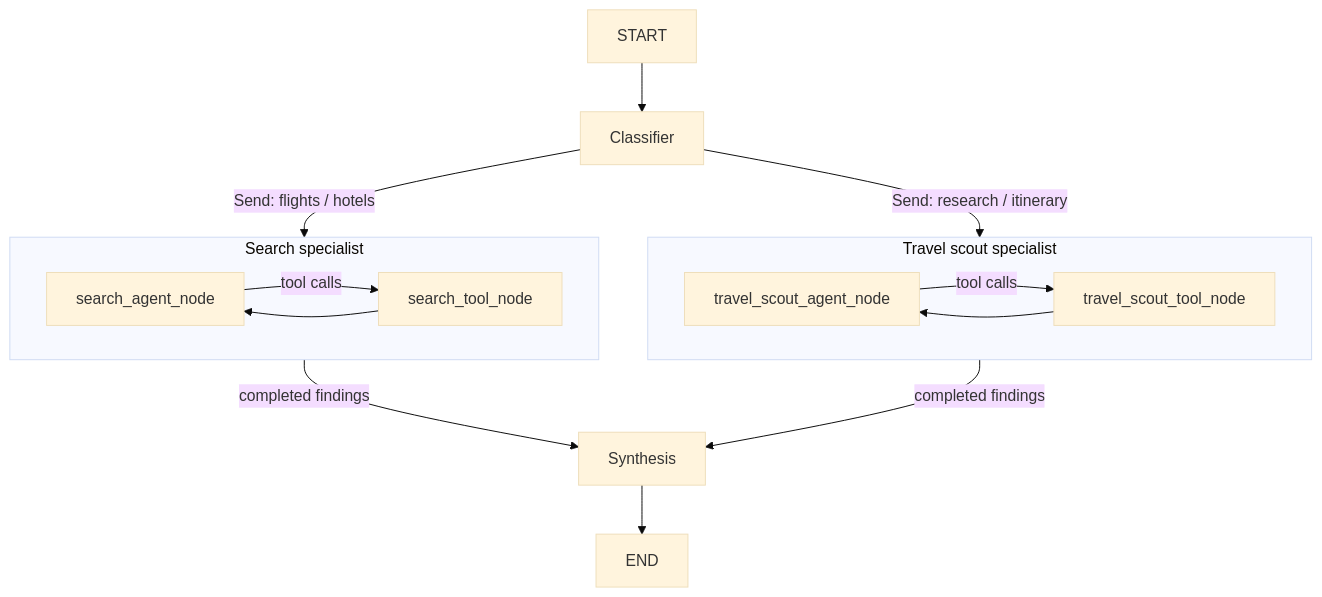
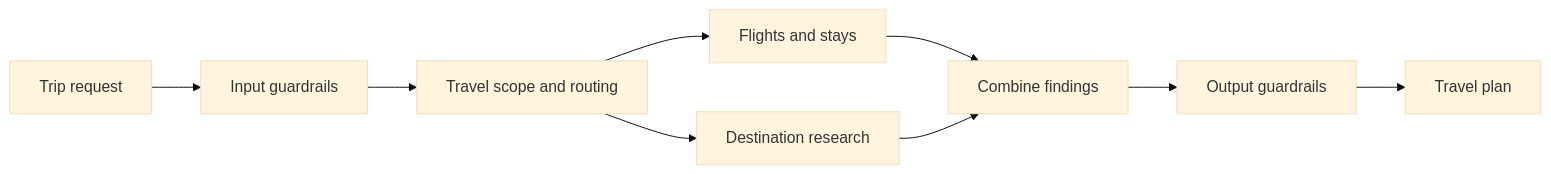
One commit to satykrishna/travel-planner-ai-assistant changed the diagram in README.md. Above: the diagram before and after it, drawn with Mermaid (base theme). The commit also changed other lines of this file and 7 other files, not shown here.

````diff
--- a/README.md
+++ b/README.md
@@ -19,17 +37,11 @@
 ```mermaid
-flowchart TD
-    START --> Classifier
-    Classifier -->|Send: flights / hotels| Search
-    Classifier -->|Send: research / itinerary| Scout
-    subgraph Search[Search specialist]
-        SearchModel[search_agent_node] -->|tool calls| SearchTools[search_tool_node]
-        SearchTools --> SearchModel
-    end
-    subgraph Scout[Travel scout specialist]
-        ScoutModel[travel_scout_agent_node] -->|tool calls| ScoutTools[travel_scout_tool_node]
-        ScoutTools --> ScoutModel
-    end
-    Search -->|completed findings| Synthesis
-    Scout -->|completed findings| Synthesis
-    Synthesis --> END
+flowchart LR
+    Request[Trip request] --> Input[Input guardrails]
+    Input --> Router[Travel scope and routing]
+    Router --> Flights[Flights and stays]
+    Router --> Research[Destination research]
+    Flights --> Synthesis[Combine findings]
+    Research --> Synthesis
+    Synthesis --> Output[Output guardrails]
+    Output --> Plan[Travel plan]
 ```
````
